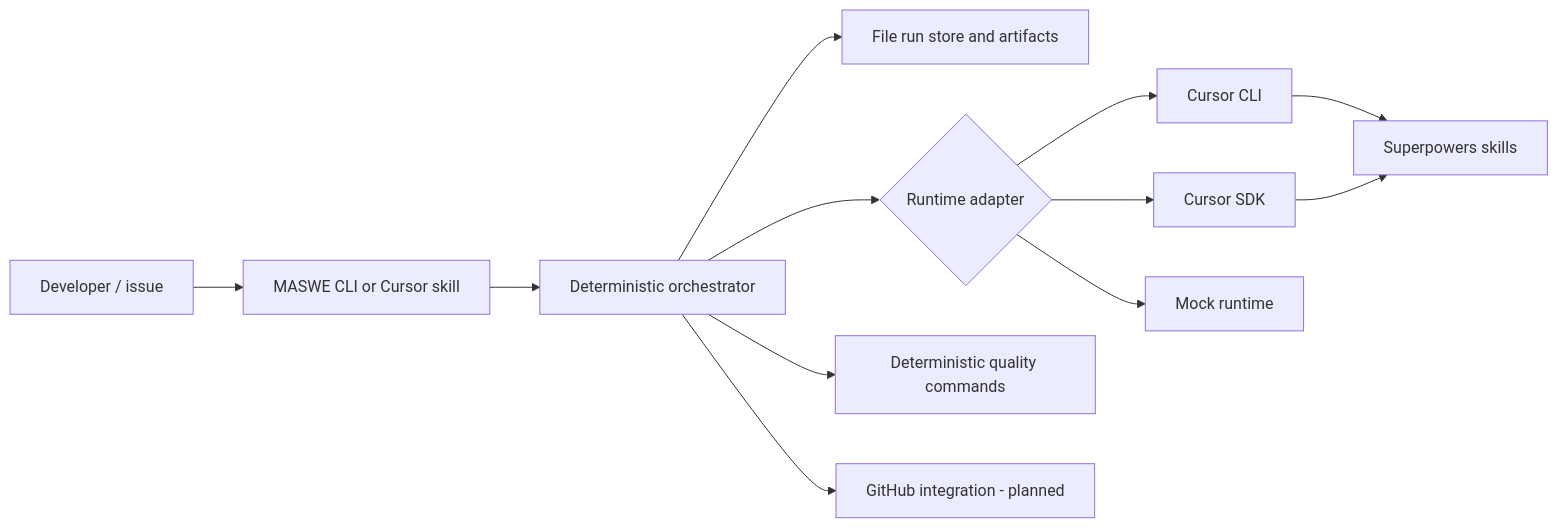
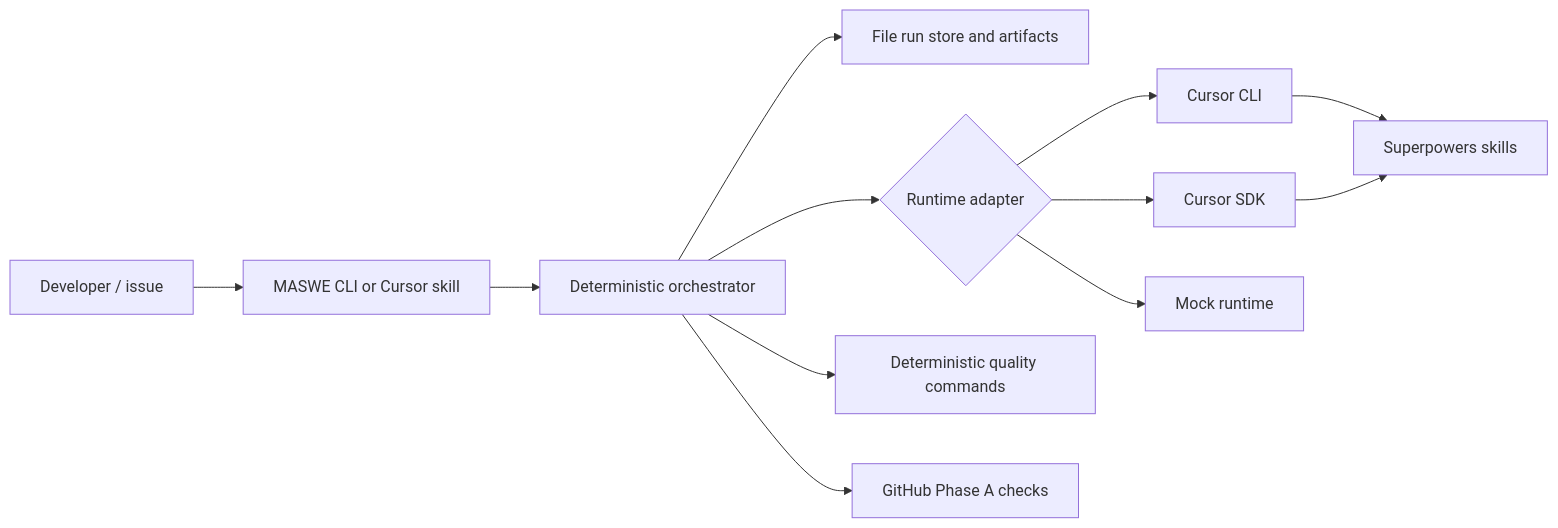
One commit to tomazb/cursor-multi-agent-software-engineer changed the diagram in README.md. Above: the diagram before and after it, drawn with Mermaid. The commit also changed other lines of this file and 71 other files, not shown here.

First line of the commit message:
v0.3 Phase A: read-only GitHub App checks (#3) (#25)

````diff
--- a/README.md
+++ b/README.md
@@ -45,14 +45,14 @@
 ```mermaid
 flowchart LR
   U[Developer / issue] --> CLI[MASWE CLI or Cursor skill]
   CLI --> O[Deterministic orchestrator]
   O --> S[File run store and artifacts]
   O --> R{Runtime adapter}
   R --> C[Cursor CLI]
   R --> SDK[Cursor SDK]
   R --> M[Mock runtime]
   O --> Q[Deterministic quality commands]
   C --> SP[Superpowers skills]
   SDK --> SP
-  O --> GH[GitHub integration - planned]
+  O --> GH[GitHub Phase A checks]
 ```
````
